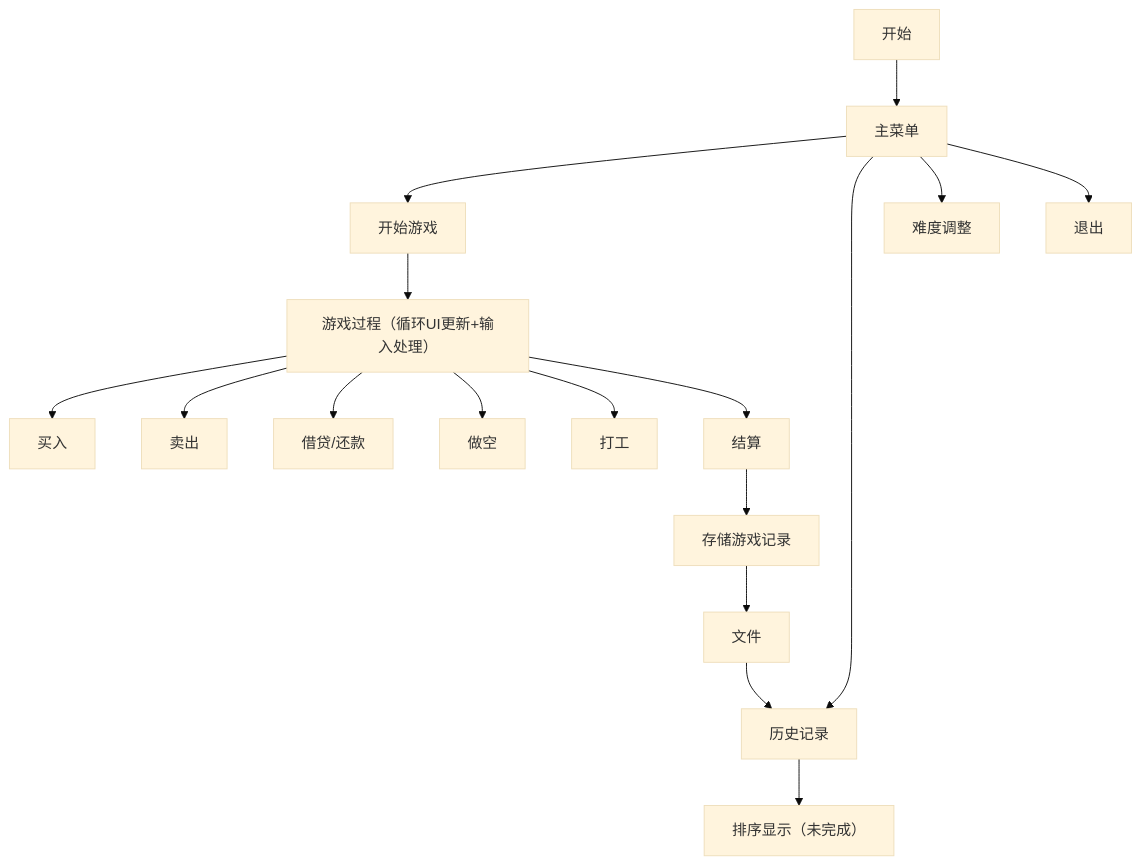
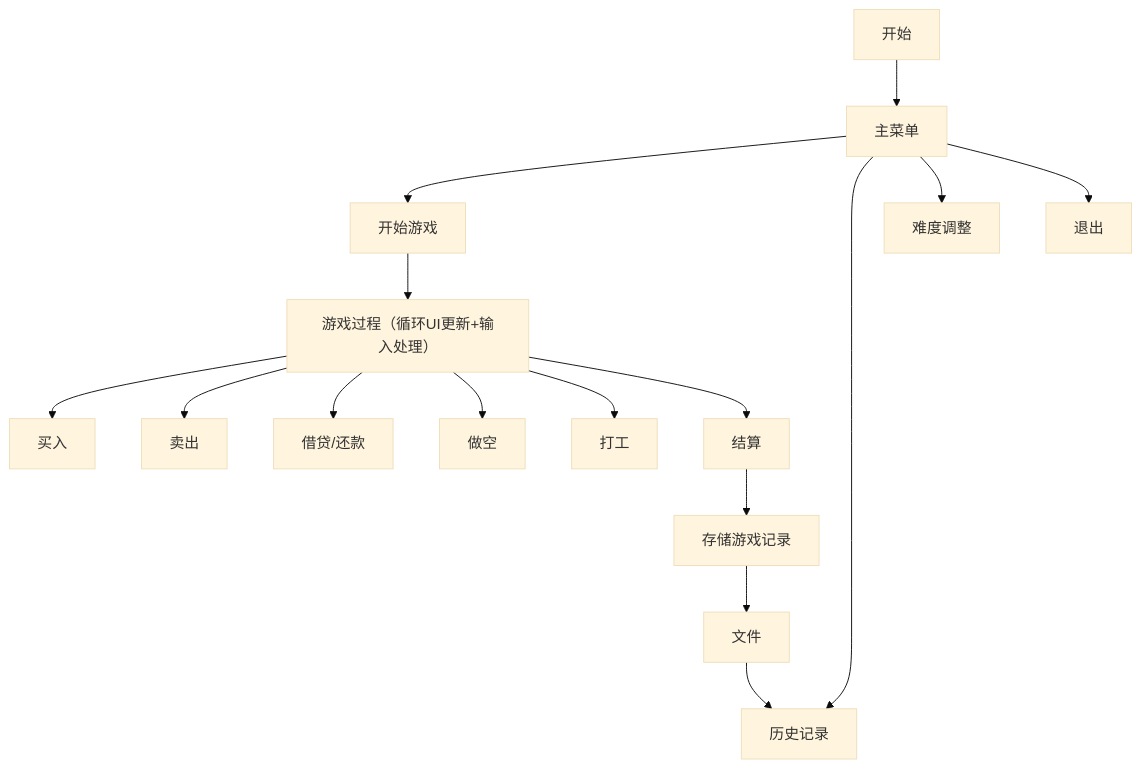
One commit to square-235/TradingSimulator changed the diagram in 项目结构.md. Above: the diagram before and after it, drawn with Mermaid (base theme). The commit also changed 2 other files, not shown here.

Commit message:
排序下线

````diff
--- a/项目结构.md
+++ b/项目结构.md
@@ -3,15 +3,14 @@
 ```mermaid
 graph TD
     A[开始]--> B[主菜单]--> C[开始游戏]
     B-->D[历史记录]
     B-->E[难度调整]
     B-->F[退出]
     C-->G[游戏过程（循环UI更新+输入处理）]
     G-->H[买入]
     G-->I[卖出]
     G-->J[借贷/还款]
     G-->K[做空]
     G-->L[打工]
     G-->M[结算]-->N[存储游戏记录]-->O[文件]-->D
-    D-->P[排序显示（未完成）]
 ```
````
